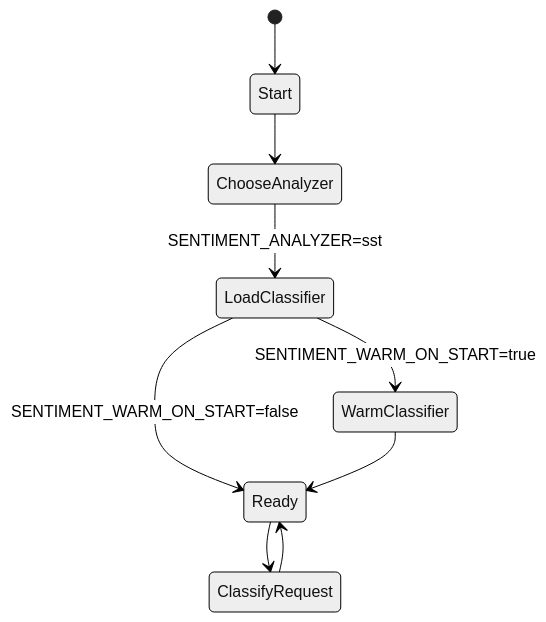
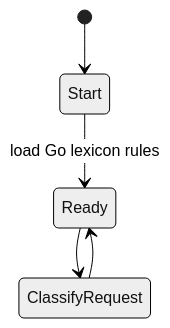
Before and after one commit to nickromney/platform: the second of 4 diagrams in apps/sentiment/docs/COMPOSE-ARCHITECTURE.md, drawn with Mermaid (neutral theme). The commit also changed other lines of this file and 214 other files, not shown here.

````diff
--- a/apps/sentiment/docs/COMPOSE-ARCHITECTURE.md
+++ b/apps/sentiment/docs/COMPOSE-ARCHITECTURE.md
@@ -58,11 +58,7 @@
 ```mermaid
 stateDiagram-v2
     [*] --> Start
-    Start --> ChooseAnalyzer
-    ChooseAnalyzer --> LoadClassifier: SENTIMENT_ANALYZER=sst
-    LoadClassifier --> WarmClassifier: SENTIMENT_WARM_ON_START=true
-    LoadClassifier --> Ready: SENTIMENT_WARM_ON_START=false
-    WarmClassifier --> Ready
+    Start --> Ready: load Go lexicon rules
     Ready --> ClassifyRequest
     ClassifyRequest --> Ready
 ```
````
